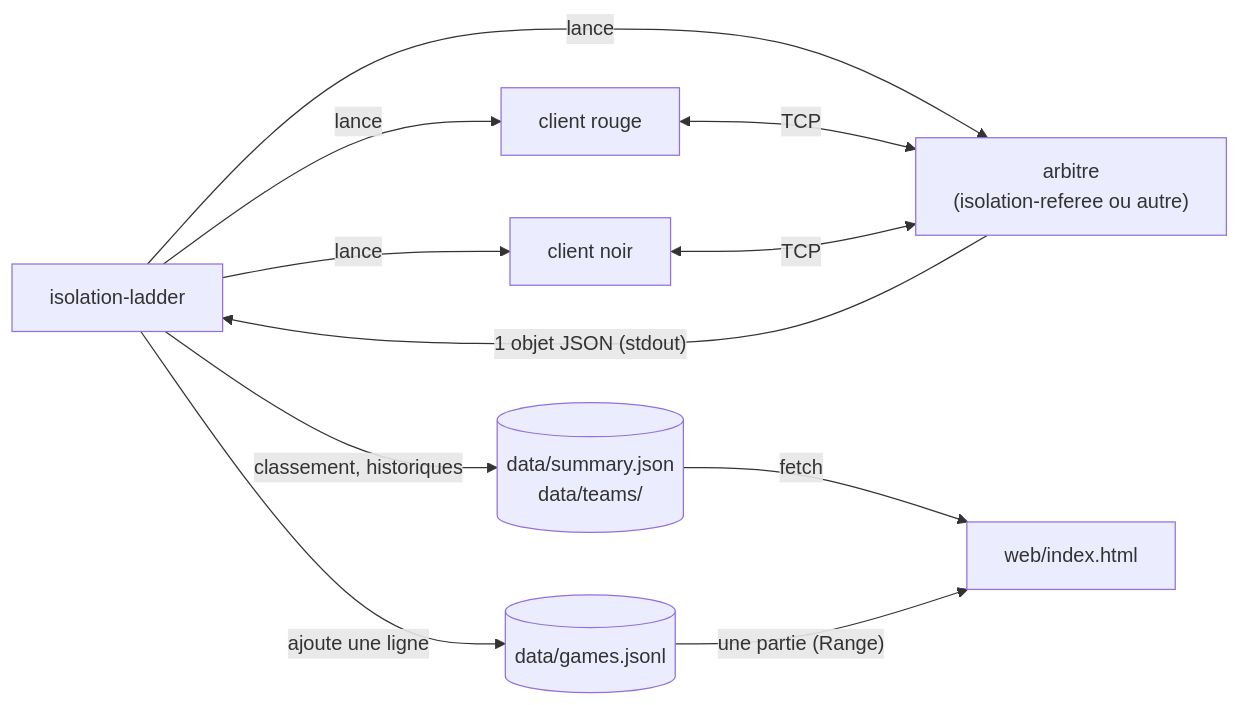
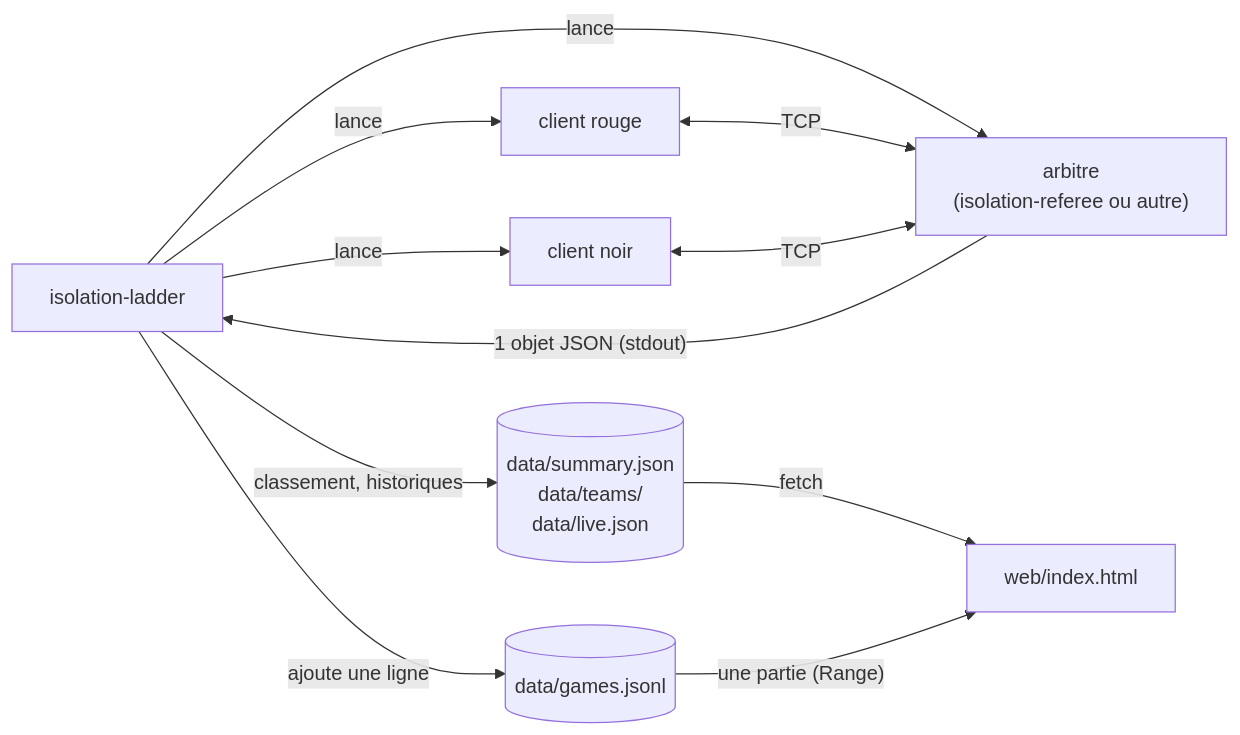
Before and after one commit to VianAtETS/LOG200-Scoreboard: the first of 3 diagrams in docs/formats.md, drawn with Mermaid. The commit also changed other lines of this file and 7 other files, not shown here.

````diff
--- a/docs/formats.md
+++ b/docs/formats.md
@@ -5,21 +5,21 @@
 ```mermaid
 flowchart LR
     ladder[isolation-ladder]
     referee["arbitre<br/>(isolation-referee ou autre)"]
     red[client rouge]
     black[client noir]
     jsonl[(data/games.jsonl)]
-    page[("data/summary.json<br/>data/teams/")]
+    page[("data/summary.json<br/>data/teams/<br/>data/live.json")]
     web[web/index.html]
 
     ladder -- lance --> referee
     ladder -- lance --> red
     ladder -- lance --> black
     red <-- TCP --> referee
     black <-- TCP --> referee
     referee -- "1 objet JSON (stdout)" --> ladder
     ladder -- ajoute une ligne --> jsonl
     ladder -- classement, historiques --> page
     page -- fetch --> web
     jsonl -- "une partie (Range)" --> web
 ```
````
